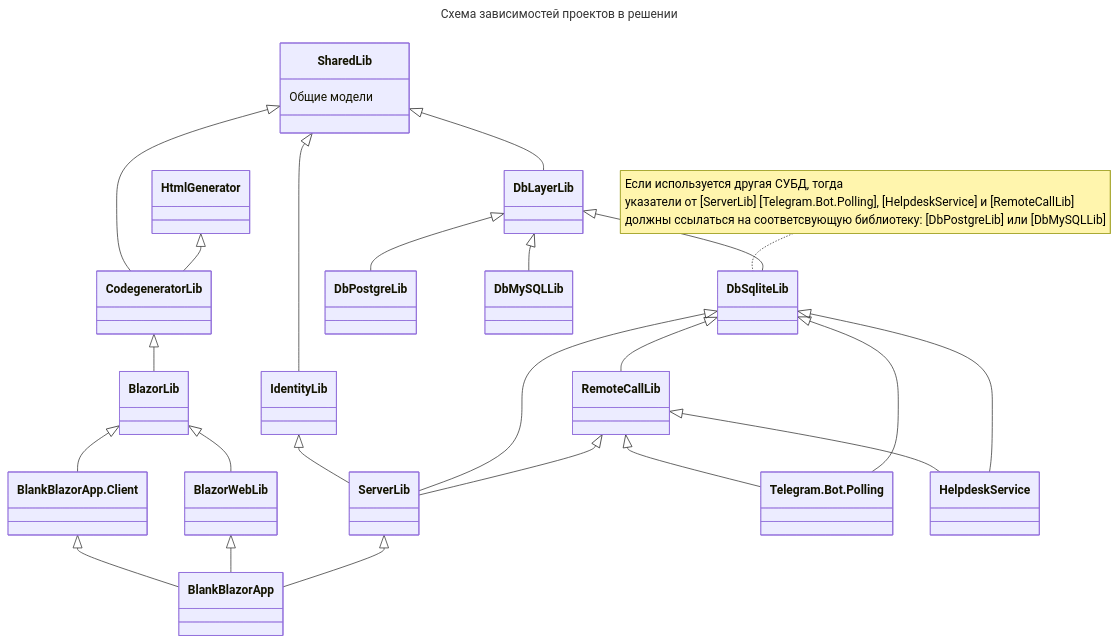
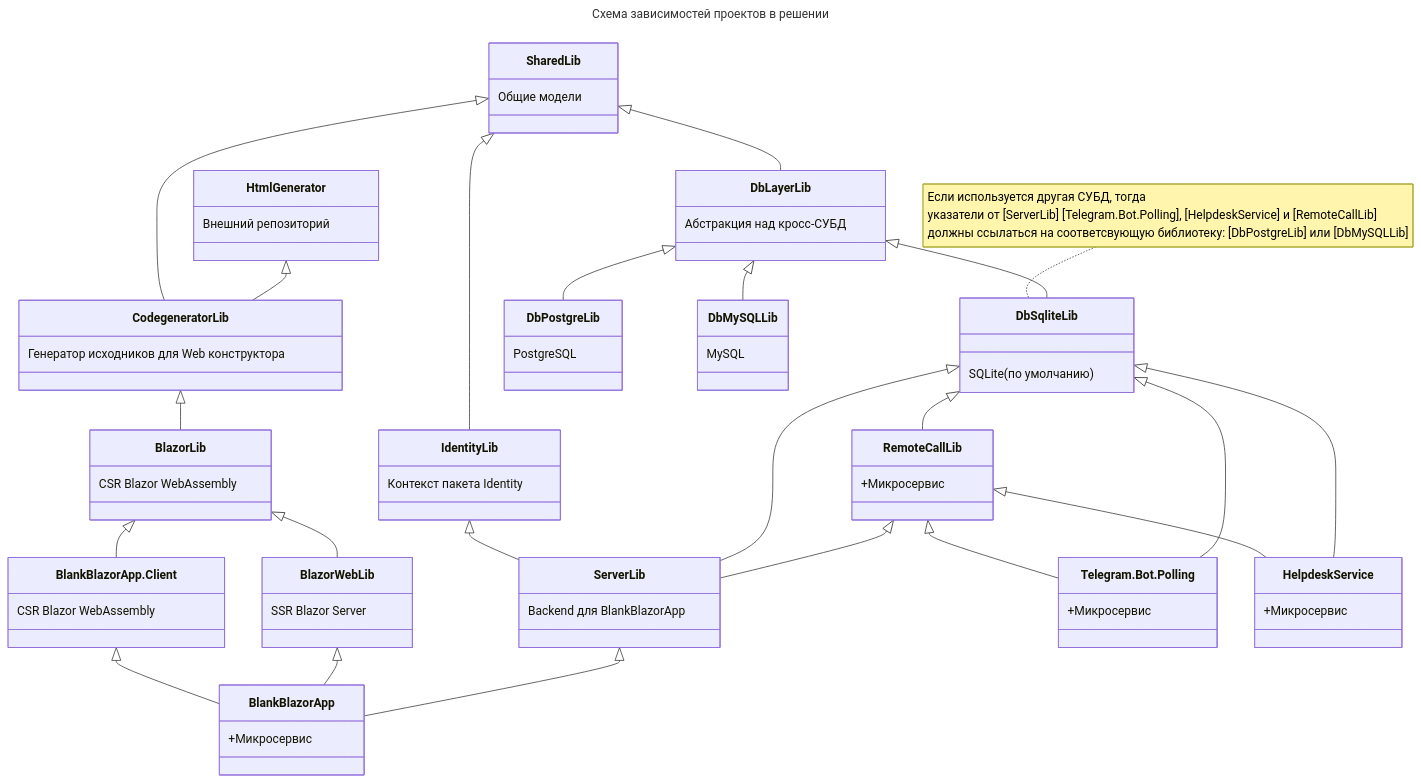
One commit to badhitman/DesignerApp changed the diagram in README.md. Above: the diagram before and after it, drawn with Mermaid.

````diff
--- a/README.md
+++ b/README.md
@@ -19,62 +19,77 @@
 ```mermaid
 ---
 title: Схема зависимостей проектов в решении
 ---
 classDiagram
 note for DbSqliteLib "Если используется другая СУБД, тогда
 указатели  от [ServerLib] [Telegram.Bot.Polling], [HelpdeskService] и [RemoteCallLib]
 должны ссылаться на соответсвующую библиотеку: [DbPostgreLib] или [DbMySQLLib]"
     SharedLib <|-- CodegeneratorLib
     SharedLib <|-- IdentityLib
     SharedLib <|-- DbLayerLib
     SharedLib : Общие модели
     IdentityLib <|-- ServerLib
     DbSqliteLib <|-- ServerLib
     RemoteCallLib <|-- ServerLib
     CodegeneratorLib <|-- BlazorLib
     HtmlGenerator <|-- CodegeneratorLib
     DbLayerLib <|-- DbSqliteLib
     DbLayerLib <|-- DbPostgreLib
     DbLayerLib <|-- DbMySQLLib
 	DbSqliteLib <|-- RemoteCallLib
     BlankBlazorApp_Client  <|-- BlankBlazorApp
 	BlazorWebLib  <|-- BlankBlazorApp
 	ServerLib  <|-- BlankBlazorApp
     RemoteCallLib <|-- Telegram_Bot_Polling
 	DbSqliteLib <|-- Telegram_Bot_Polling
     RemoteCallLib <|-- HelpdeskService
 	DbSqliteLib <|-- HelpdeskService
     BlazorLib <|-- BlazorWebLib
     BlazorLib <|-- BlankBlazorApp_Client
     	
     class CodegeneratorLib{
+        Генератор исходников для Web конструктора
     }
     class IdentityLib{
+        Контекст пакета Identity
     }
     class DbLayerLib{
+        Абстракция над кросс-СУБД
     }
     class ServerLib{
+        Backend для BlankBlazorApp
     }
     class BlazorLib{
+        CSR Blazor WebAssembly
     }
     class DbSqliteLib{
+        SQLite (по умолчанию)
     }
     class DbPostgreLib{
+        PostgreSQL
     }
     class DbMySQLLib{
+        MySQL
     }
     class RemoteCallLib{
+        +Микросервис
     }
     class HtmlGenerator{
+        Внешний репозиторий
     }
     class BlankBlazorApp{
+        +Микросервис
     }
     class BlankBlazorApp_Client["BlankBlazorApp.Client"]{
+        CSR Blazor WebAssembly
     }
     class Telegram_Bot_Polling["Telegram.Bot.Polling"]{
+        +Микросервис
     }
     class BlazorWebLib{
+        SSR Blazor Server
     }
     class HelpdeskService{
+        +Микросервис
     }
 ```
````
